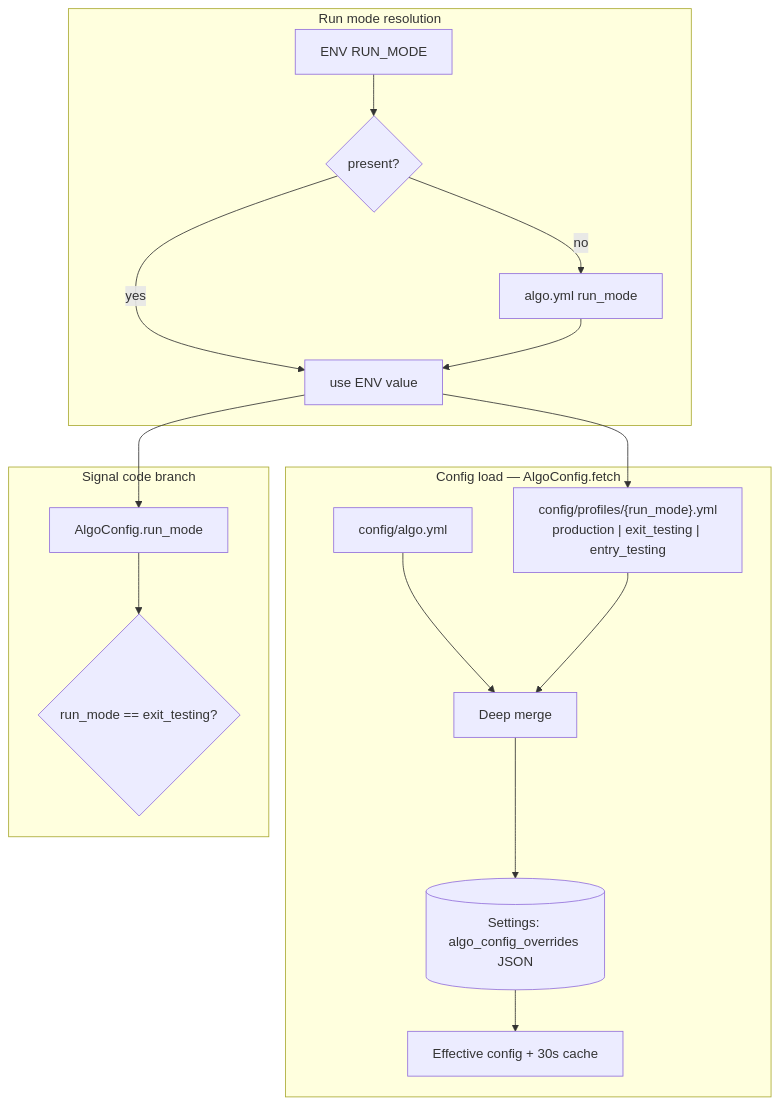
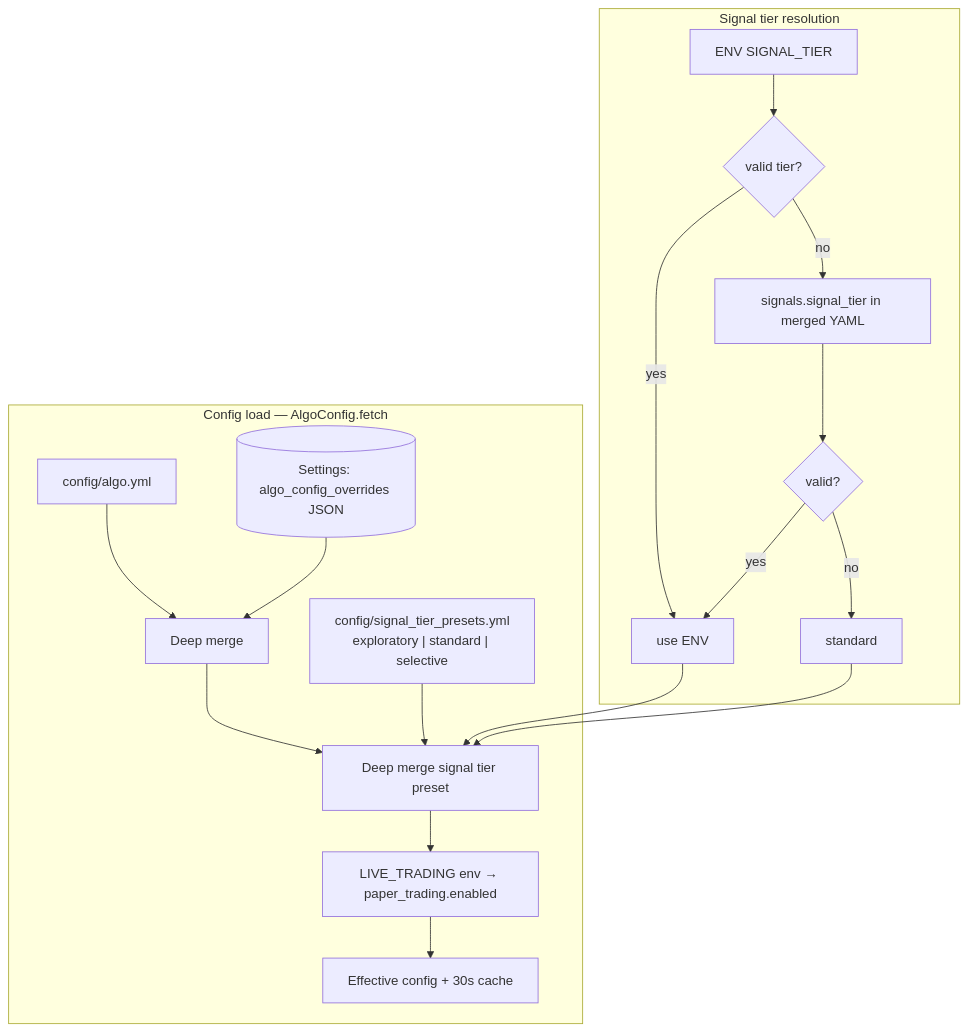
One commit to shubhamtaywade82/algo_scalper_api changed the first of 5 diagrams in docs/diagrams/trading-modes.md. Above: the diagram before and after it, drawn with Mermaid. The commit also changed other lines of this file and 20 other files, not shown here.

First line of the commit message:
Refactor trading mode configuration and enhance documentation

````diff
--- a/docs/diagrams/trading-modes.md
+++ b/docs/diagrams/trading-modes.md
@@ -19,22 +23,22 @@
 ```mermaid
 flowchart TB
   subgraph cfg [Config load — AlgoConfig.fetch]
-    A[config/algo.yml] --> M[Deep merge]
-    P["config/profiles/{run_mode}.yml\nproduction | exit_testing | entry_testing"] --> M
-    M --> D[(Settings: algo_config_overrides JSON)]
-    D --> C[Effective config + 30s cache]
+    A[config/algo.yml] --> M1[Deep merge]
+    D[(Settings: algo_config_overrides JSON)] --> M1
+    M1 --> M2[Deep merge signal tier preset]
+    T["config/signal_tier_presets.yml\nexploratory | standard | selective"] --> M2
+    M2 --> LT[LIVE_TRADING env → paper_trading.enabled]
+    LT --> C[Effective config + 30s cache]
   end
 
-  subgraph rm [Run mode resolution]
-    E["ENV RUN_MODE"] --> R{present?}
-    R -->|yes| RM[use ENV value]
-    R -->|no| Y[algo.yml run_mode]
-    Y --> RM
-    RM --> P
-  end
-
-  subgraph sig [Signal code branch]
-    RM --> SE["AlgoConfig.run_mode"]
-    SE --> X{run_mode == exit_testing?}
+  subgraph tier [Signal tier resolution]
+    E["ENV SIGNAL_TIER"] --> R{valid tier?}
+    R -->|yes| TI[use ENV]
+    R -->|no| Y[signals.signal_tier in merged YAML]
+    Y --> TI2{valid?}
+    TI2 -->|yes| TI
+    TI2 -->|no| STD[standard]
+    TI --> M2
+    STD --> M2
   end
 ```
````
